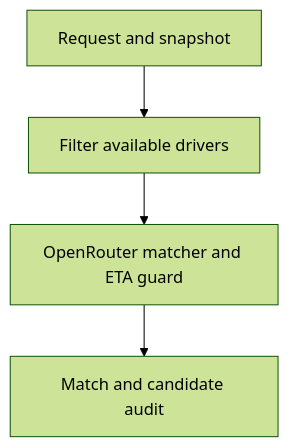
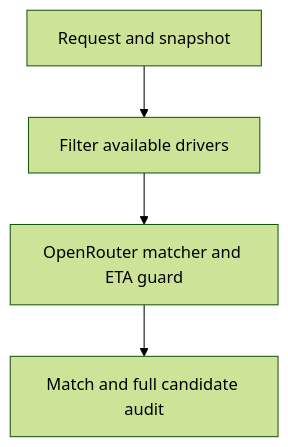
One commit to bhavesh-210/ai-agent-ride-matcher changed the diagram in README.md. Above: the diagram before and after it, drawn with Mermaid (forest theme). The commit also changed other lines of this file and 6 other files, not shown here.

````diff
--- a/README.md
+++ b/README.md
@@ -58,6 +99,6 @@
 ```mermaid
 flowchart TD
     S["Request and snapshot"] --> F["Filter available drivers"]
     F --> M["OpenRouter matcher and ETA guard"]
-    M --> R["Match and candidate audit"]
+    M --> R["Match and full candidate audit"]
 ```
````
